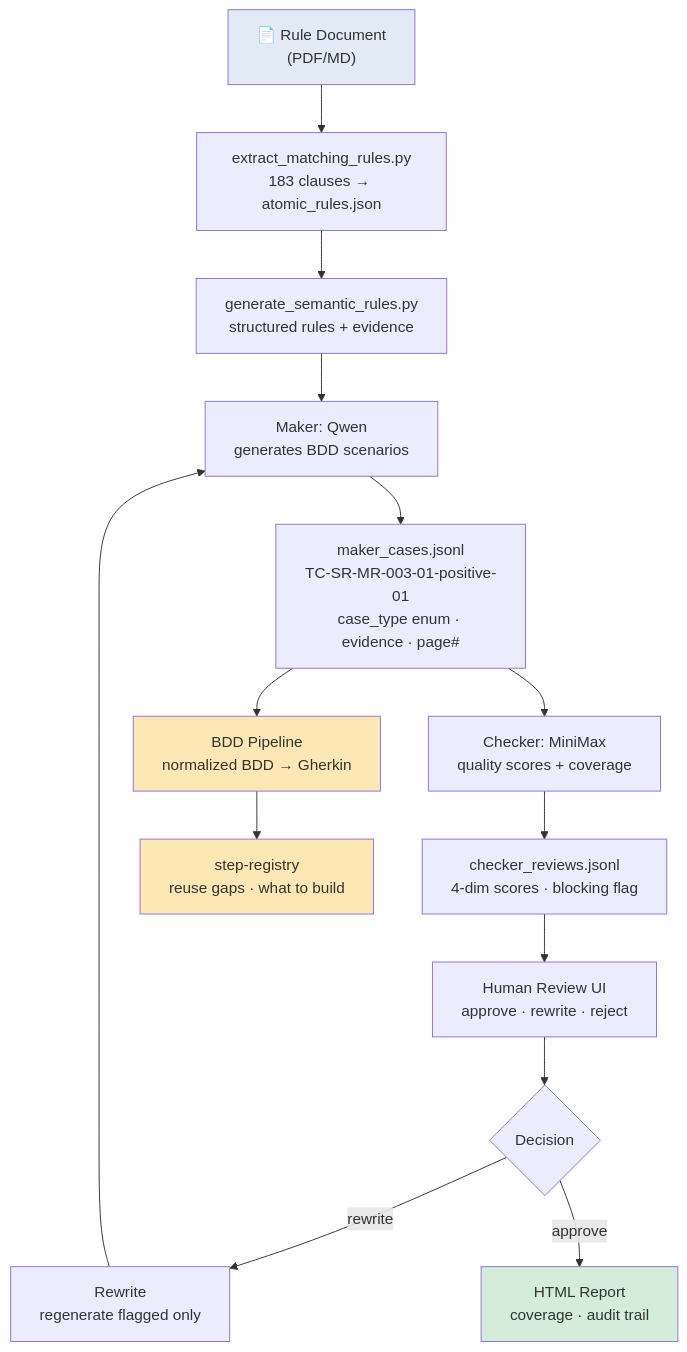
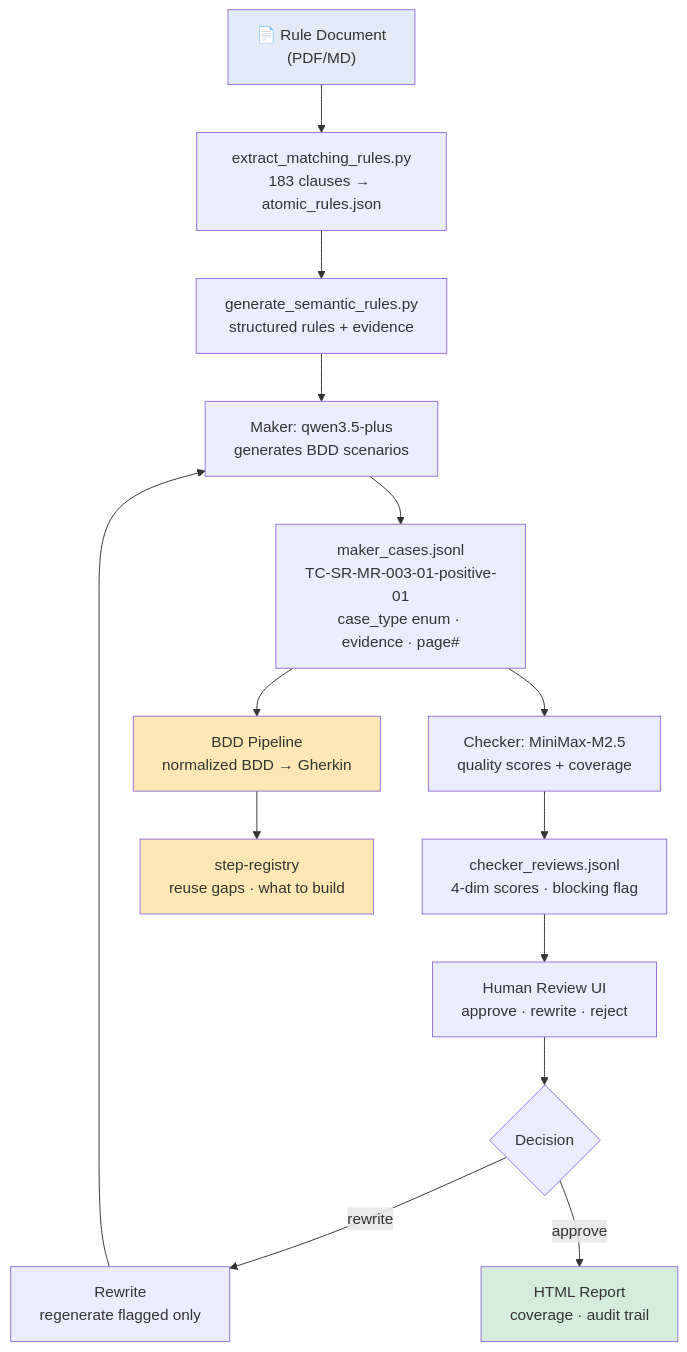
The first of 4 diagrams in docs/demo_for_boss.md (CodeFreddy/LME-Testing), drawn with Mermaid before and after one commit. The commit also changed other lines of this file and 1 other file, not shown here.

````diff
--- a/docs/demo_for_boss.md
+++ b/docs/demo_for_boss.md
@@ -17,21 +17,21 @@
 ```mermaid
 flowchart TD
     A["📄 Rule Document<br/>(PDF/MD)"] --> B["extract_matching_rules.py<br/>183 clauses → atomic_rules.json"]
     B --> C["generate_semantic_rules.py<br/>structured rules + evidence"]
-    C --> D["Maker: Qwen<br/>generates BDD scenarios"]
+    C --> D["Maker: qwen3.5-plus<br/>generates BDD scenarios"]
     D --> E["maker_cases.jsonl<br/>TC-SR-MR-003-01-positive-01<br/>case_type enum · evidence · page#"]
-    E --> F["Checker: MiniMax<br/>quality scores + coverage"]
+    E --> F["Checker: MiniMax-M2.5<br/>quality scores + coverage"]
     E --> G["BDD Pipeline<br/>normalized BDD → Gherkin"]
     F --> H["checker_reviews.jsonl<br/>4-dim scores · blocking flag"]
     H --> I["Human Review UI<br/>approve · rewrite · reject"]
     I --> J{"Decision"}
     J -->|rewrite| K["Rewrite<br/>regenerate flagged only"]
     K --> D
     J -->|approve| L["HTML Report<br/>coverage · audit trail"]
     G --> M["step-registry<br/>reuse gaps · what to build"]
 
     style A fill:#e1eaf5
     style L fill:#d4edda
     style G fill:#fde8b5
     style M fill:#fde8b5
 ```
````
